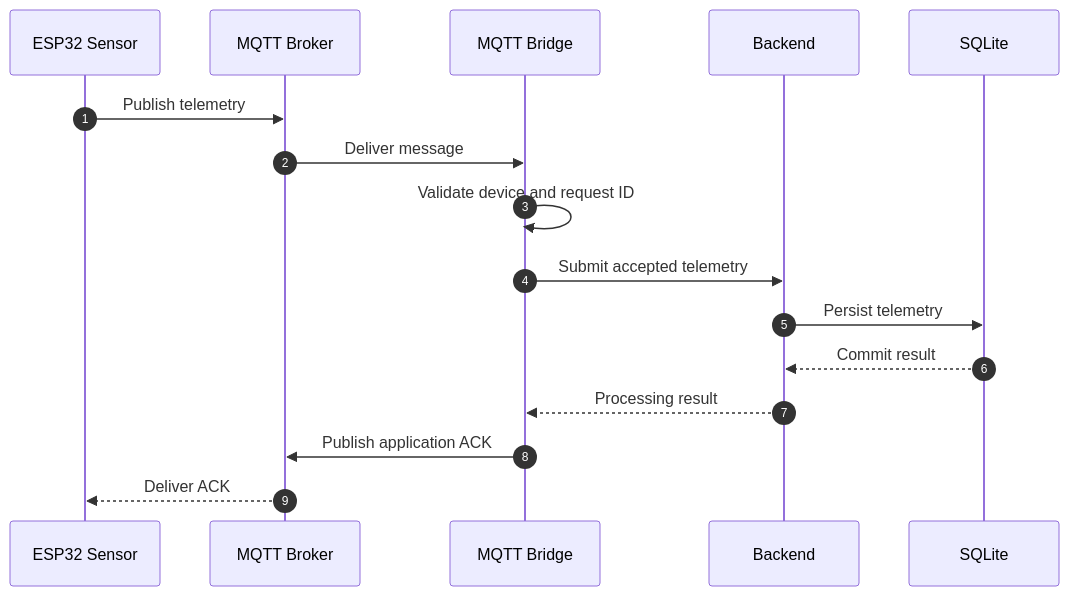
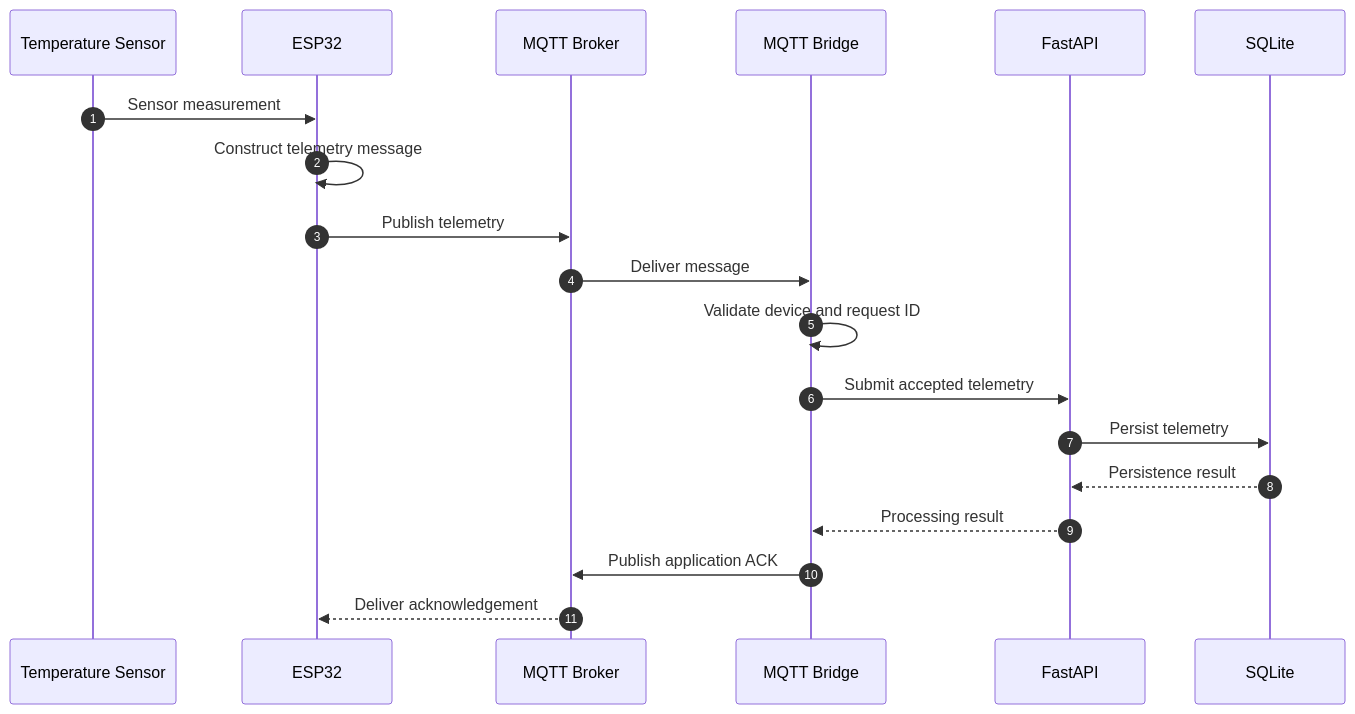
Before and after one commit to chamanvashishth/MW-SENSE: the third of 5 diagrams in README.md, drawn with Mermaid. The commit also changed other lines of this file, not shown here.

````diff
--- a/README.md
+++ b/README.md
@@ -119,19 +146,22 @@
 ```mermaid
 sequenceDiagram
     autonumber
-    participant S as ESP32 Sensor
+    participant S as Temperature Sensor
+    participant E as ESP32
     participant M as MQTT Broker
     participant B as MQTT Bridge
-    participant A as Backend
+    participant A as FastAPI
     participant D as SQLite
 
-    S->>M: Publish telemetry
+    S->>E: Sensor measurement
+    E->>E: Construct telemetry message
+    E->>M: Publish telemetry
     M->>B: Deliver message
     B->>B: Validate device and request ID
     B->>A: Submit accepted telemetry
     A->>D: Persist telemetry
-    D-->>A: Commit result
+    D-->>A: Persistence result
     A-->>B: Processing result
     B->>M: Publish application ACK
-    M-->>S: Deliver ACK
+    M-->>E: Deliver acknowledgement
 ```
````
